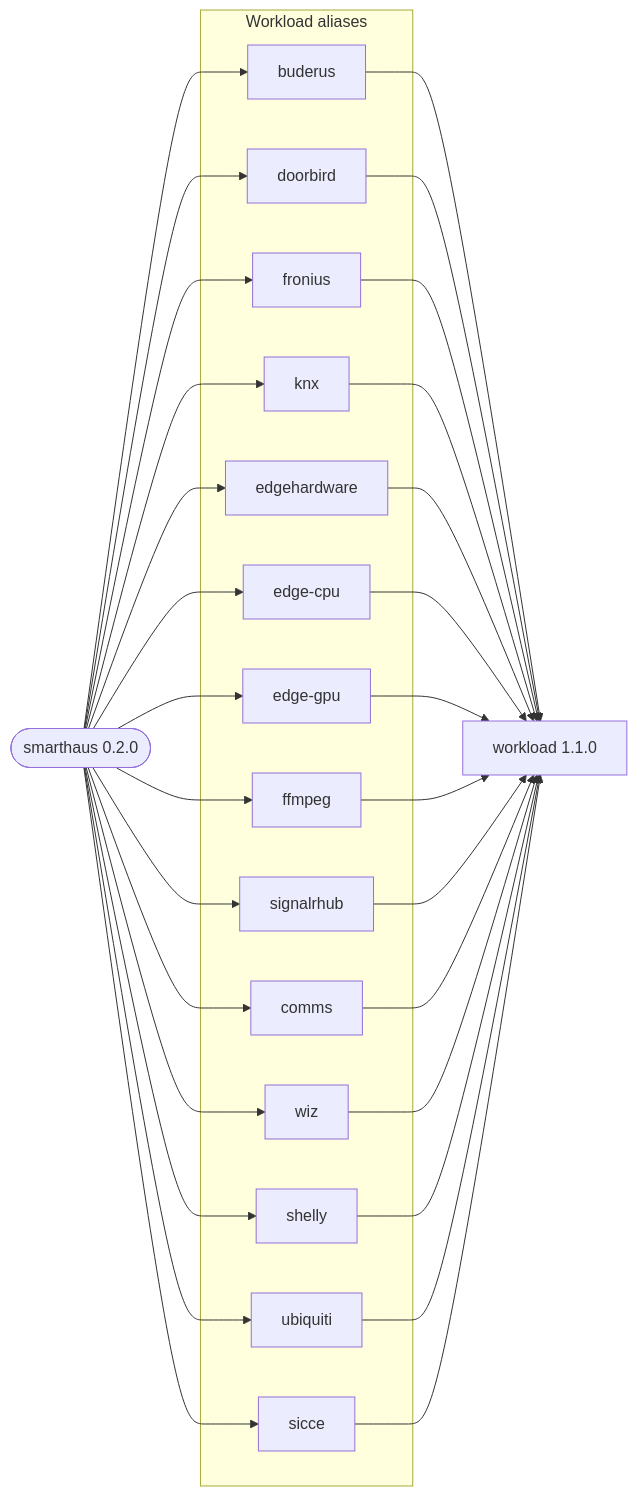
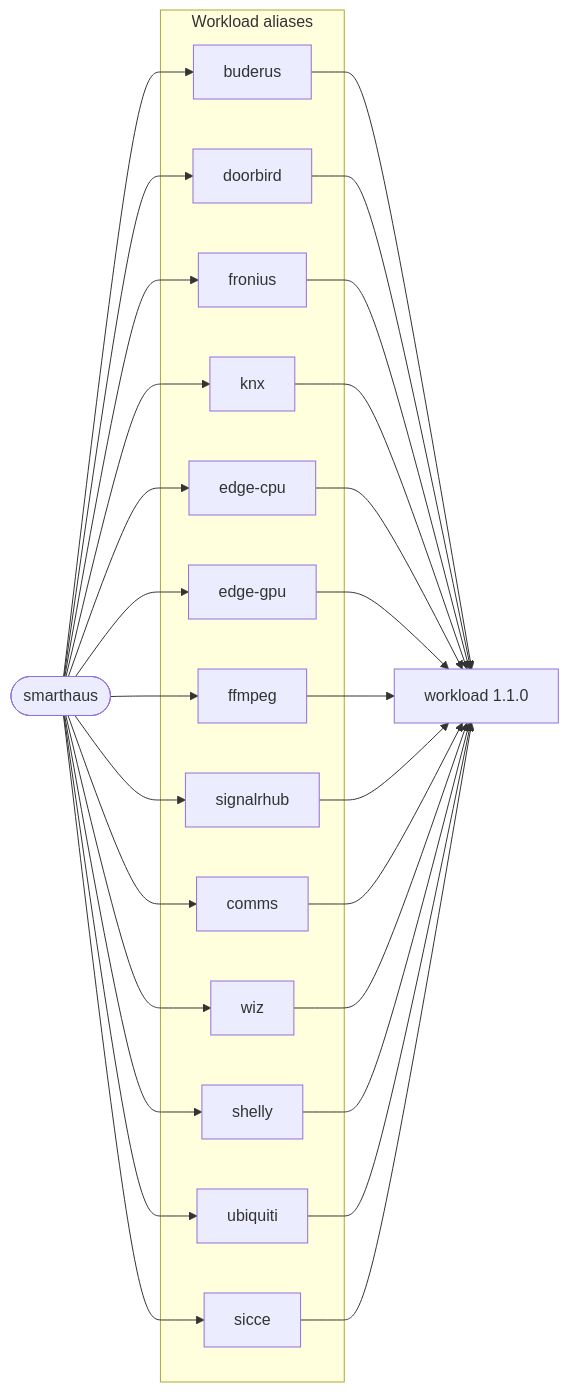
The diagram in charts/smarthaus/README.md (f2calv/SmartHaus), drawn with Mermaid before and after one commit. The commit also changed other lines of this file and 2 other files, not shown here.

First line of the commit message:
docs(helm): document chart deployment

````diff
--- a/charts/smarthaus/README.md
+++ b/charts/smarthaus/README.md
@@ -8,29 +14,28 @@
 ```mermaid
 graph LR
-  SmartHaus([smarthaus 0.2.0])
+  SmartHaus([smarthaus])
   Workload[workload 1.1.0]
 
   subgraph Aliases[Workload aliases]
     Buderus[buderus]
     DoorBird[doorbird]
     Fronius[fronius]
     Knx[knx]
-    EdgeHardware[edgehardware]
     EdgeCpu[edge-cpu]
     EdgeGpu[edge-gpu]
     Ffmpeg[ffmpeg]
     SignalRHub[signalrhub]
     Comms[comms]
     Wiz[wiz]
     Shelly[shelly]
     Ubiquiti[ubiquiti]
     Sicce[sicce]
   end
 
   SmartHaus --> Buderus & DoorBird & Fronius & Knx
-  SmartHaus --> EdgeHardware & EdgeCpu & EdgeGpu & Ffmpeg
+  SmartHaus --> EdgeCpu & EdgeGpu & Ffmpeg
   SmartHaus --> SignalRHub & Comms & Wiz & Shelly & Ubiquiti & Sicce
   Buderus & DoorBird & Fronius & Knx --> Workload
-  EdgeHardware & EdgeCpu & EdgeGpu & Ffmpeg --> Workload
+  EdgeCpu & EdgeGpu & Ffmpeg --> Workload
   SignalRHub & Comms & Wiz & Shelly & Ubiquiti & Sicce --> Workload
 ```
````
